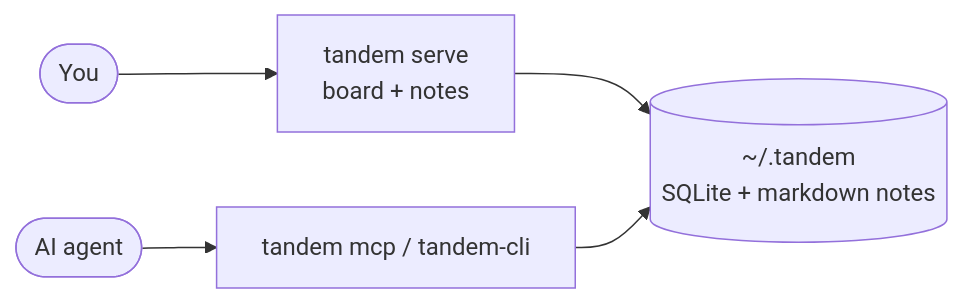
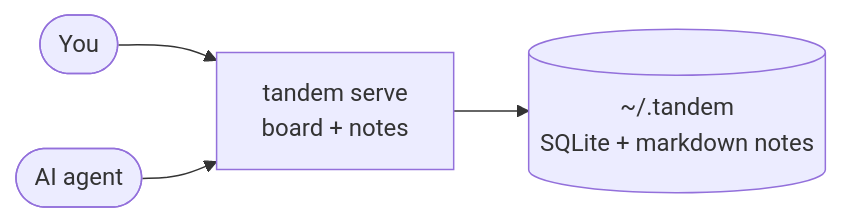
The diagram in README.md (gianniacquisto/tandem), drawn with Mermaid before and after one commit. The commit also changed other lines of this file and 25 other files, not shown here.

Commit message:
CUT-29: tandem serve is the single door (POST /mcp, X-Tandem-Agent, remote CLI, ADR 0047)

````diff
--- a/README.md
+++ b/README.md
@@ -33,7 +33,6 @@
 ```mermaid
 flowchart LR
     You([You]) --> Board["tandem serve<br/>board + notes"]
-    Agent([AI agent]) --> MCP["tandem mcp / tandem-cli"]
+    Agent([AI agent]) --> Board
     Board --> Home[("~/.tandem<br/>SQLite + markdown notes")]
-    MCP --> Home
 ```
````
